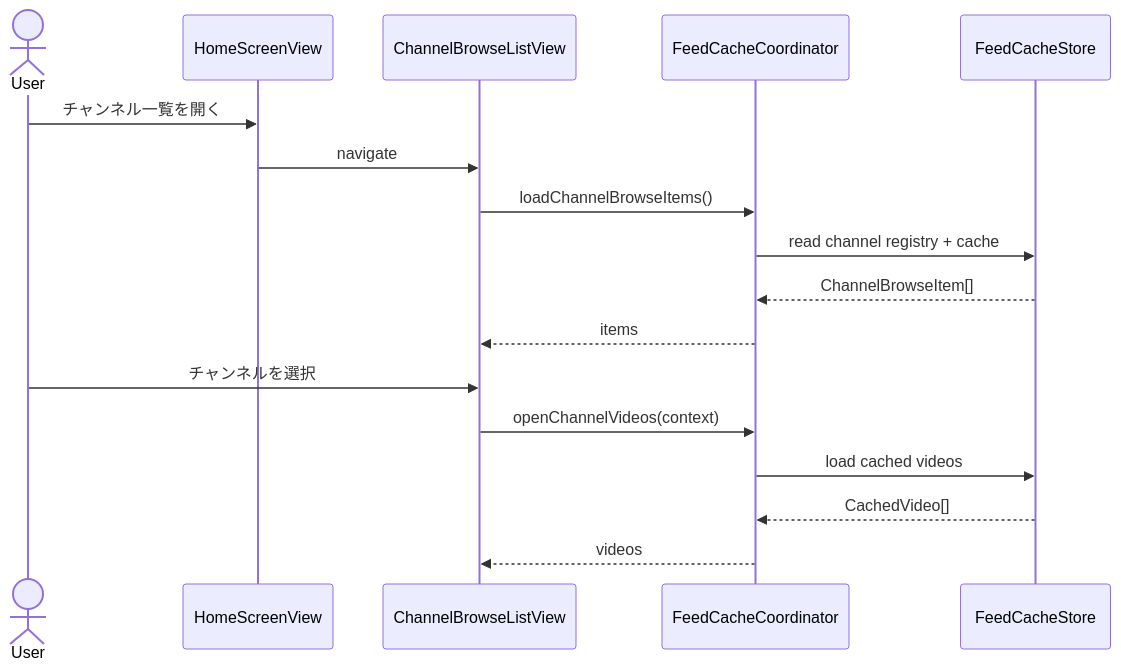
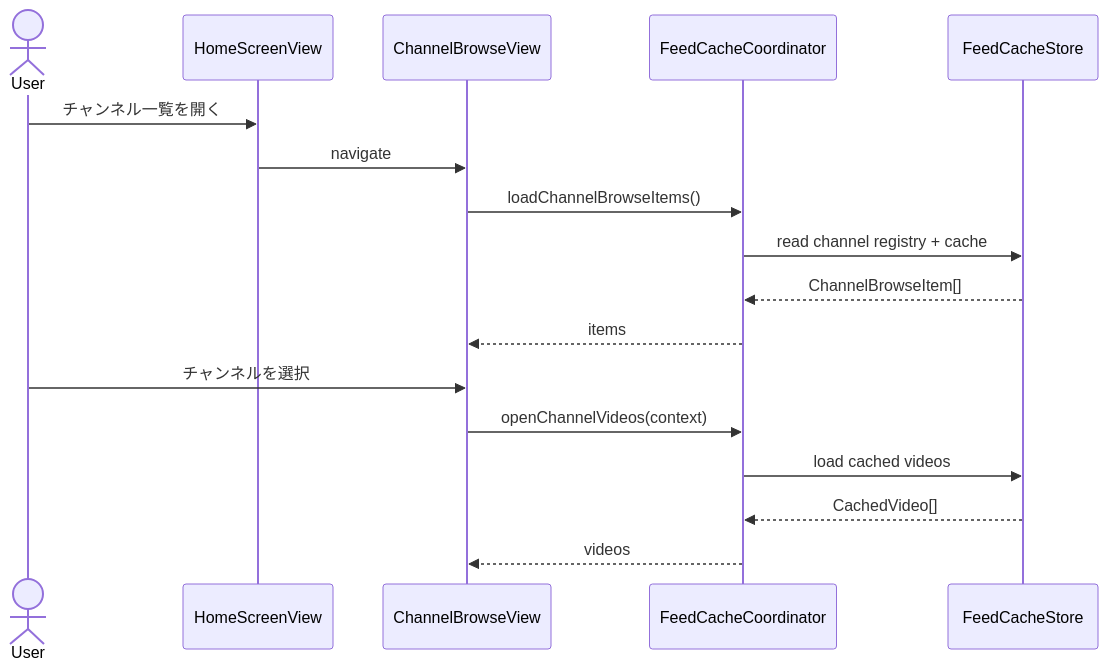
One commit to horikuma/YoutubeFeeder changed the third of 4 diagrams in docs/human-view/design-overview.md. Above: the diagram before and after it, drawn with Mermaid. The commit also changed other lines of this file and 11 other files, not shown here.

````diff
--- a/docs/human-view/design-overview.md
+++ b/docs/human-view/design-overview.md
@@ -89,20 +89,20 @@
 ```mermaid
 sequenceDiagram
     actor User
     participant Home as HomeScreenView
-    participant Browse as ChannelBrowseListView
+    participant Browse as ChannelBrowseView
     participant Coord as FeedCacheCoordinator
     participant Store as FeedCacheStore
 
     User->>Home: チャンネル一覧を開く
     Home->>Browse: navigate
     Browse->>Coord: loadChannelBrowseItems()
     Coord->>Store: read channel registry + cache
     Store-->>Coord: ChannelBrowseItem[]
     Coord-->>Browse: items
     User->>Browse: チャンネルを選択
     Browse->>Coord: openChannelVideos(context)
     Coord->>Store: load cached videos
     Store-->>Coord: CachedVideo[]
     Coord-->>Browse: videos
 ```
````
